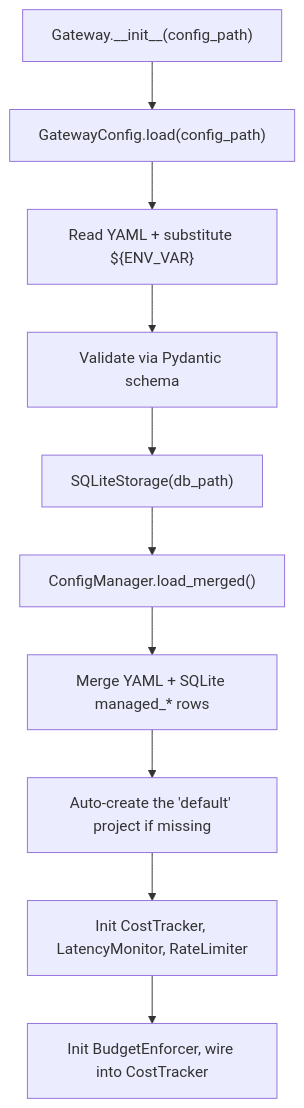
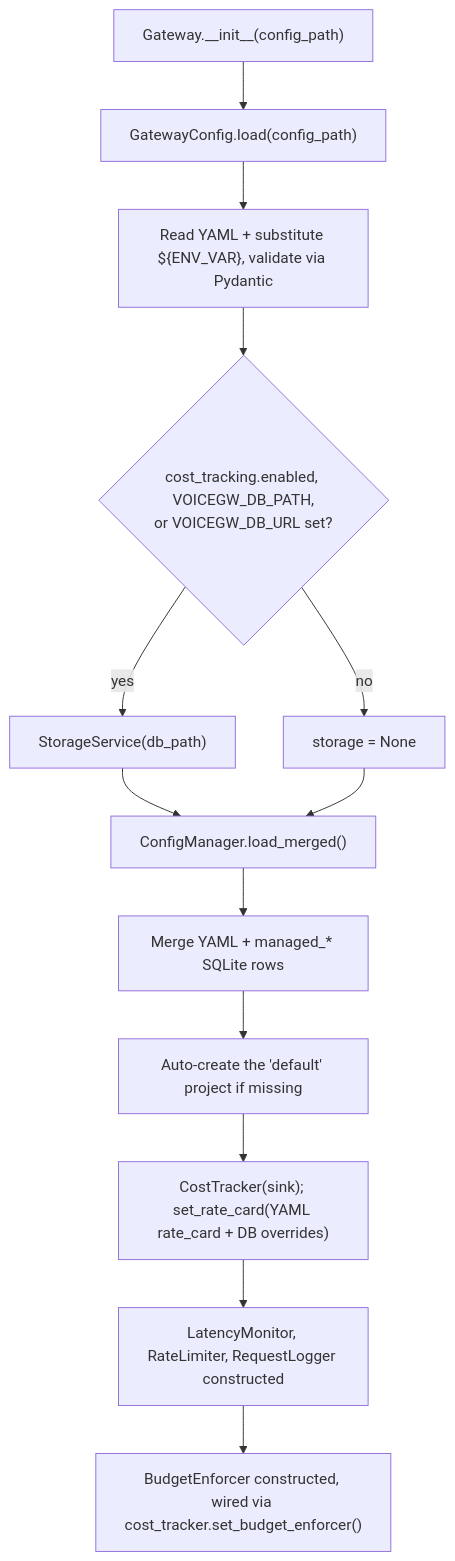
Before and after one commit to mahimailabs/voicegateway: the diagram in docs/architecture/gateway-core.md, drawn with Mermaid. The commit also changed other lines of this file and 35 other files, not shown here.

````diff
--- a/docs/architecture/gateway-core.md
+++ b/docs/architecture/gateway-core.md
@@ -36,12 +36,15 @@
 ```mermaid
 graph TD
     A["Gateway.__init__(config_path)"] --> B["GatewayConfig.load(config_path)"]
-    B --> C["Read YAML + substitute ${ENV_VAR}"]
-    C --> D["Validate via Pydantic schema"]
-    D --> F["SQLiteStorage(db_path)"]
-    F --> G["ConfigManager.load_merged()"]
-    G --> H["Merge YAML + SQLite managed_* rows"]
+    B --> C["Read YAML + substitute ${ENV_VAR}, validate via Pydantic"]
+    C --> D{"cost_tracking.enabled, VOICEGW_DB_PATH,<br/>or VOICEGW_DB_URL set?"}
+    D -->|yes| E["StorageService(db_path)"]
+    D -->|no| F["storage = None"]
+    E --> G["ConfigManager.load_merged()"]
+    F --> G
+    G --> H["Merge YAML + managed_* SQLite rows"]
     H --> I["Auto-create the 'default' project if missing"]
-    I --> J["Init CostTracker, LatencyMonitor, RateLimiter"]
-    J --> K["Init BudgetEnforcer, wire into CostTracker"]
+    I --> J["CostTracker(sink); set_rate_card(YAML rate_card + DB overrides)"]
+    J --> K["LatencyMonitor, RateLimiter, RequestLogger constructed"]
+    K --> L["BudgetEnforcer constructed, wired via cost_tracker.set_budget_enforcer()"]
 ```
````
